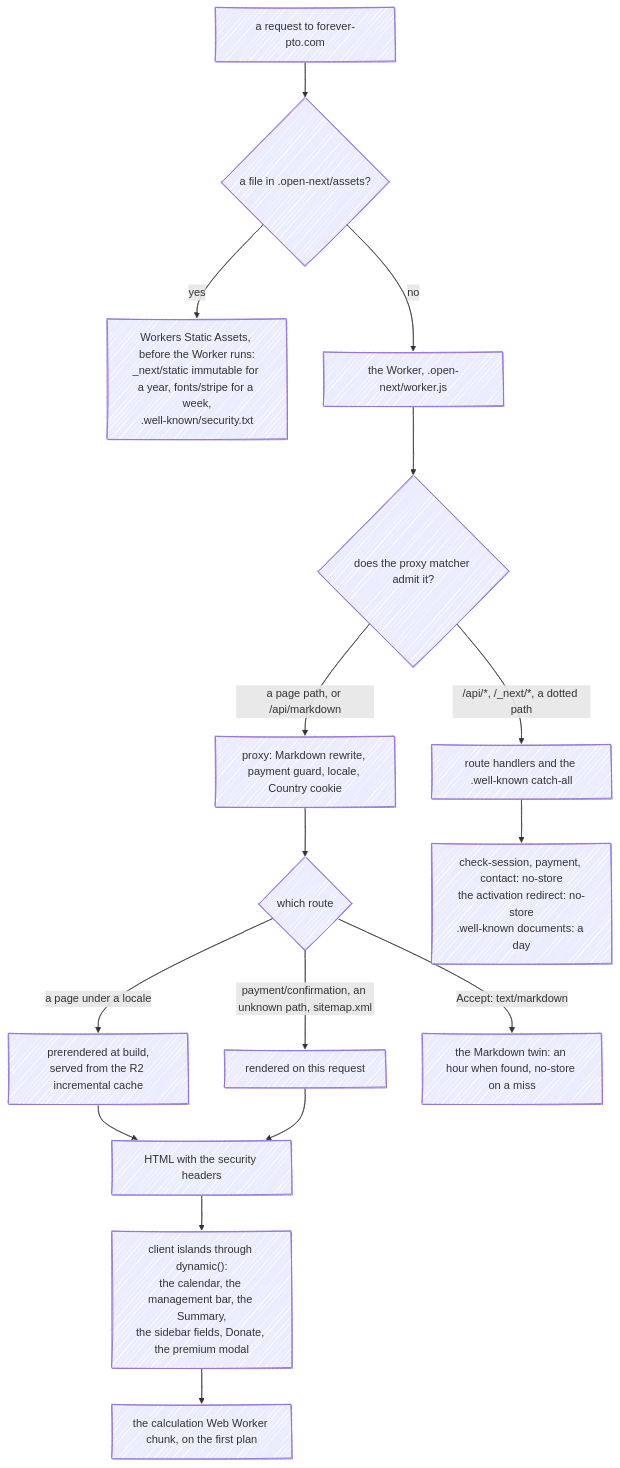
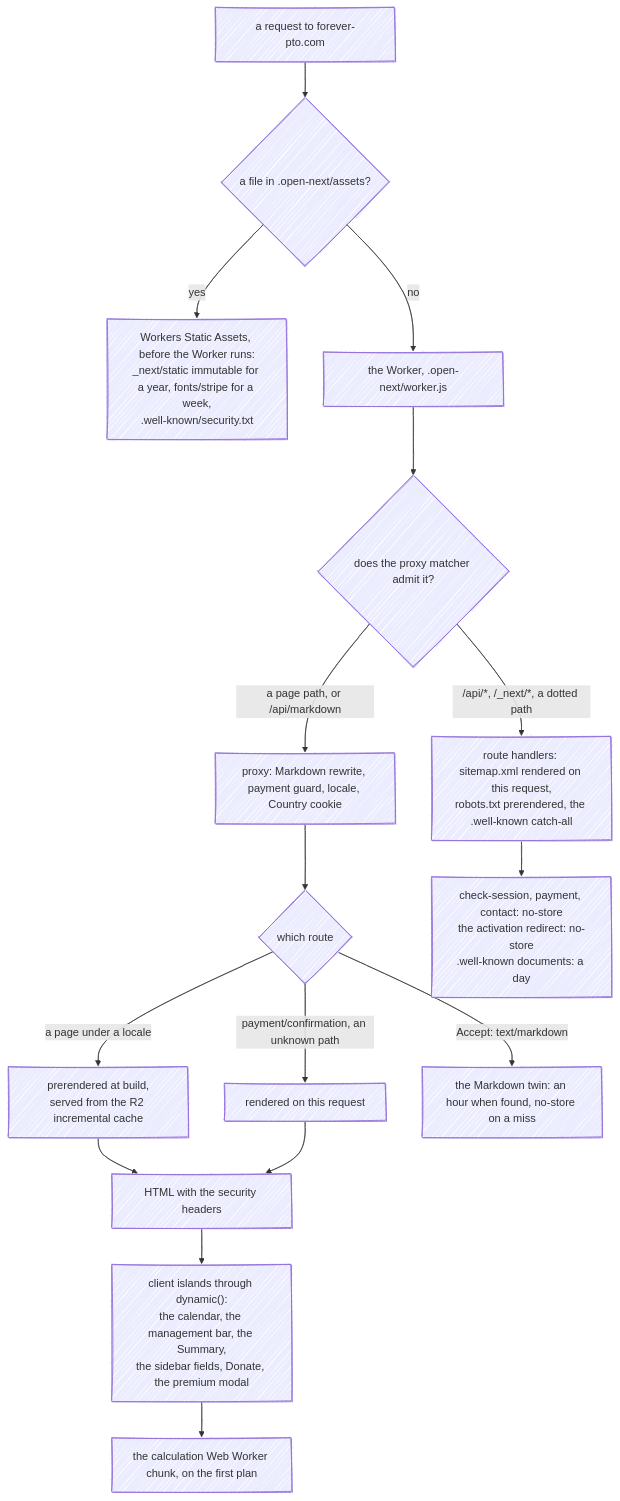
Before and after one commit to fbuireu/forever-pto: the diagram in apps/docs/src/content/docs/architecture/caching.mdx, drawn with Mermaid. The commit also changed 21 other files, not shown here.

````diff
--- a/apps/docs/src/content/docs/architecture/caching.mdx
+++ b/apps/docs/src/content/docs/architecture/caching.mdx
@@ -12,22 +12,22 @@
 ```mermaid
 ---
 config:
   look: handDrawn
   layout: dagre
 ---
 flowchart TD
   REQ["a request to forever-pto.com"] --> SA{"a file in .open-next/assets?"}
   SA -- "yes" --> STATIC["Workers Static Assets, before the Worker runs:<br/>_next/static immutable for a year, fonts/stripe for a week,<br/>.well-known/security.txt"]
   SA -- "no" --> W["the Worker, .open-next/worker.js"]
   W --> MW{"does the proxy matcher admit it?"}
   MW -- "a page path, or /api/markdown" --> PX["proxy: Markdown rewrite, payment guard, locale, Country cookie"]
   MW -- "/api/*, /_next/*, a dotted path" --> RH
   PX --> PAGE{"which route"}
   PAGE -- "a page under a locale" --> SSG["prerendered at build,<br/>served from the R2 incremental cache"]
-  PAGE -- "payment/confirmation, an unknown path, sitemap.xml" --> DYN["rendered on this request"]
+  PAGE -- "payment/confirmation, an unknown path" --> DYN["rendered on this request"]
   PAGE -- "Accept: text/markdown" --> MD["the Markdown twin: an hour when found, no-store on a miss"]
-  RH["route handlers and the .well-known catch-all"] --> HDR["check-session, payment, contact: no-store<br/>the activation redirect: no-store<br/>.well-known documents: a day"]
+  RH["route handlers: sitemap.xml rendered on this request,<br/>robots.txt prerendered, the .well-known catch-all"] --> HDR["check-session, payment, contact: no-store<br/>the activation redirect: no-store<br/>.well-known documents: a day"]
   SSG & DYN --> HTML["HTML with the security headers"]
   HTML --> ISL["client islands through dynamic():<br/>the calendar, the management bar, the Summary,<br/>the sidebar fields, Donate, the premium modal"]
   ISL --> WRK["the calculation Web Worker chunk, on the first plan"]
 ```
````
